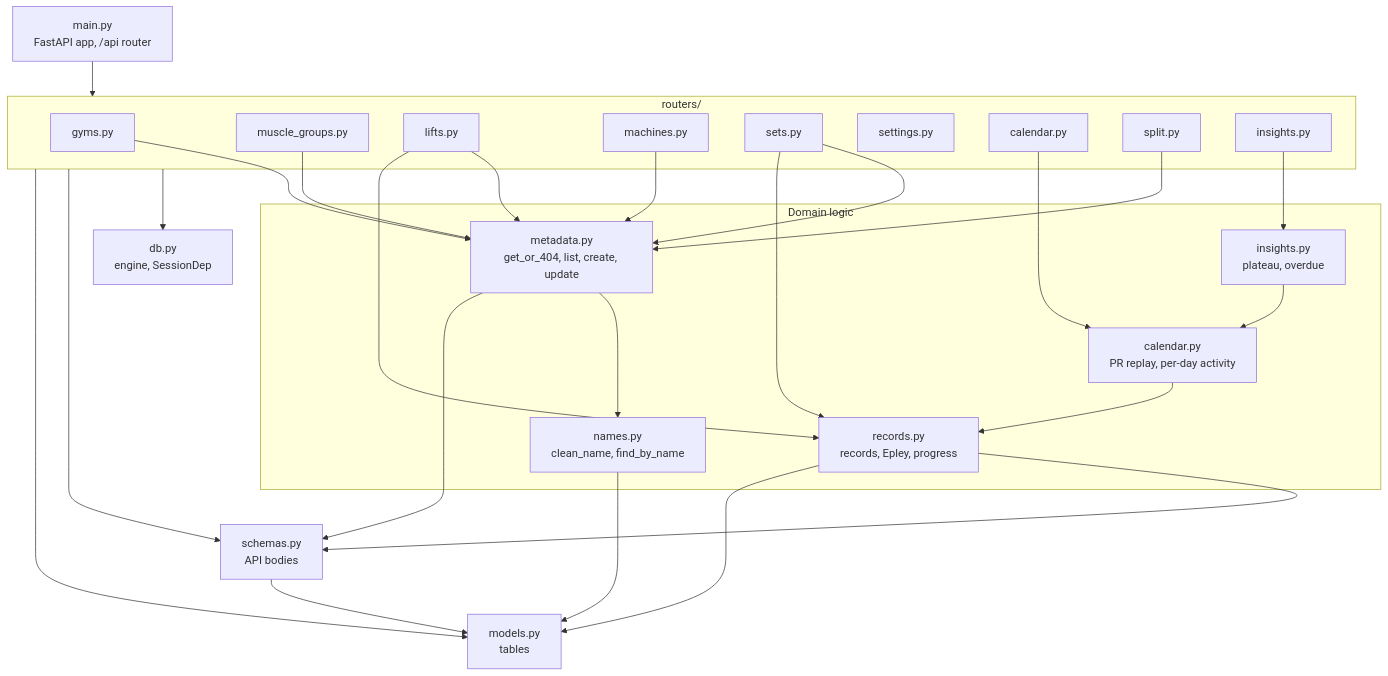
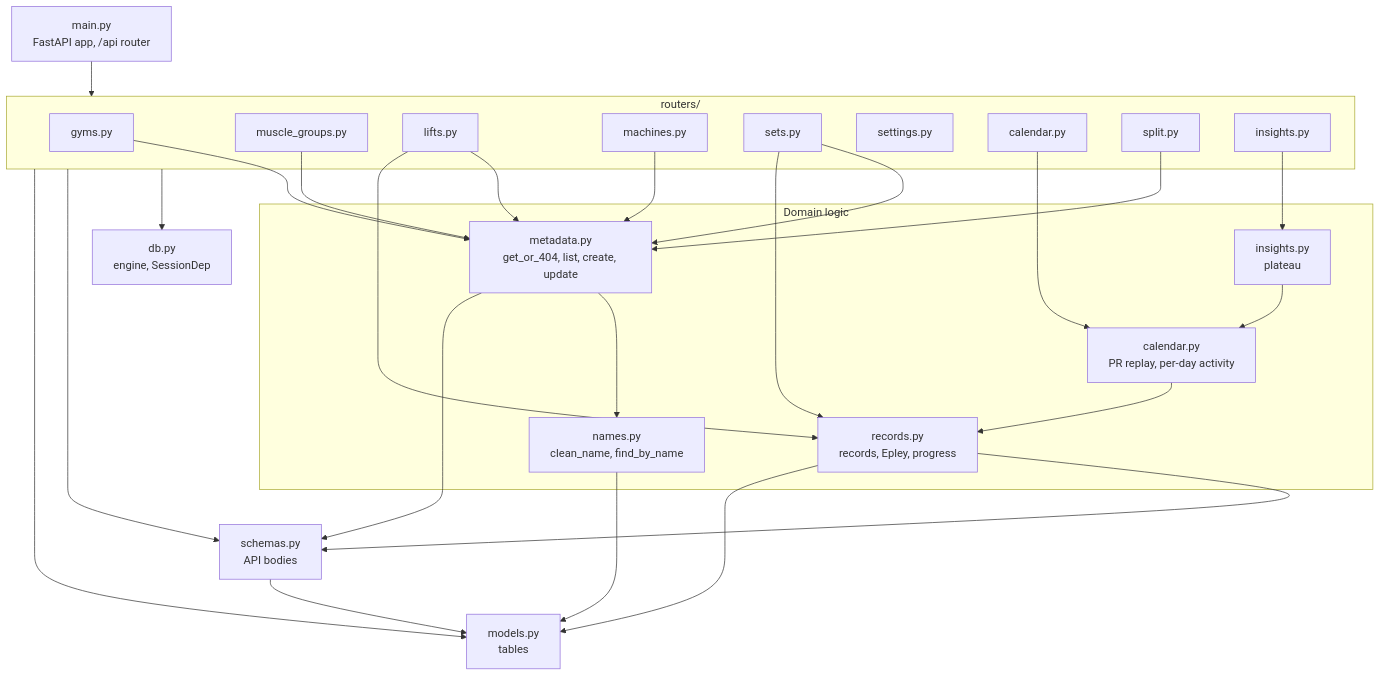
The first of 2 diagrams in docs/04-backend/README.md (coopermay/fitness-tracker), drawn with Mermaid before and after one commit. The commit also changed 46 other files, not shown here.

````diff
--- a/docs/04-backend/README.md
+++ b/docs/04-backend/README.md
@@ -22,45 +22,45 @@
 ```mermaid
 flowchart TD
     main["main.py<br/>FastAPI app, /api router"]
 
     subgraph routers["routers/"]
         r_gyms["gyms.py"]
         r_mg["muscle_groups.py"]
         r_lifts["lifts.py"]
         r_machines["machines.py"]
         r_sets["sets.py"]
         r_settings["settings.py"]
         r_cal["calendar.py"]
         r_split["split.py"]
         r_ins["insights.py"]
     end
 
     subgraph domain["Domain logic"]
         metadata["metadata.py<br/>get_or_404, list, create, update"]
         names["names.py<br/>clean_name, find_by_name"]
         records["records.py<br/>records, Epley, progress"]
         calendar["calendar.py<br/>PR replay, per-day activity"]
-        insights["insights.py<br/>plateau, overdue"]
+        insights["insights.py<br/>plateau"]
     end
 
     db["db.py<br/>engine, SessionDep"]
     schemas["schemas.py<br/>API bodies"]
     models["models.py<br/>tables"]
 
     main --> routers
     r_gyms & r_mg & r_machines --> metadata
     r_lifts --> metadata & records
     r_sets --> metadata & records
     r_split --> metadata
     r_cal --> calendar
     r_ins --> insights
     routers --> db & schemas & models
 
     metadata --> names
     metadata --> schemas
     names --> models
     records --> schemas & models
     calendar --> records
     insights --> calendar
     schemas --> models
 ```
````
